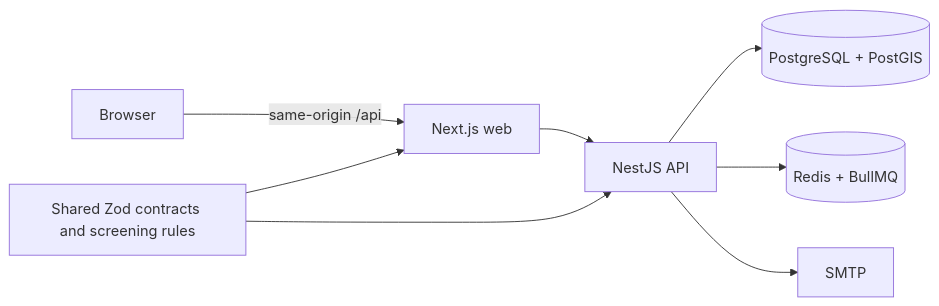
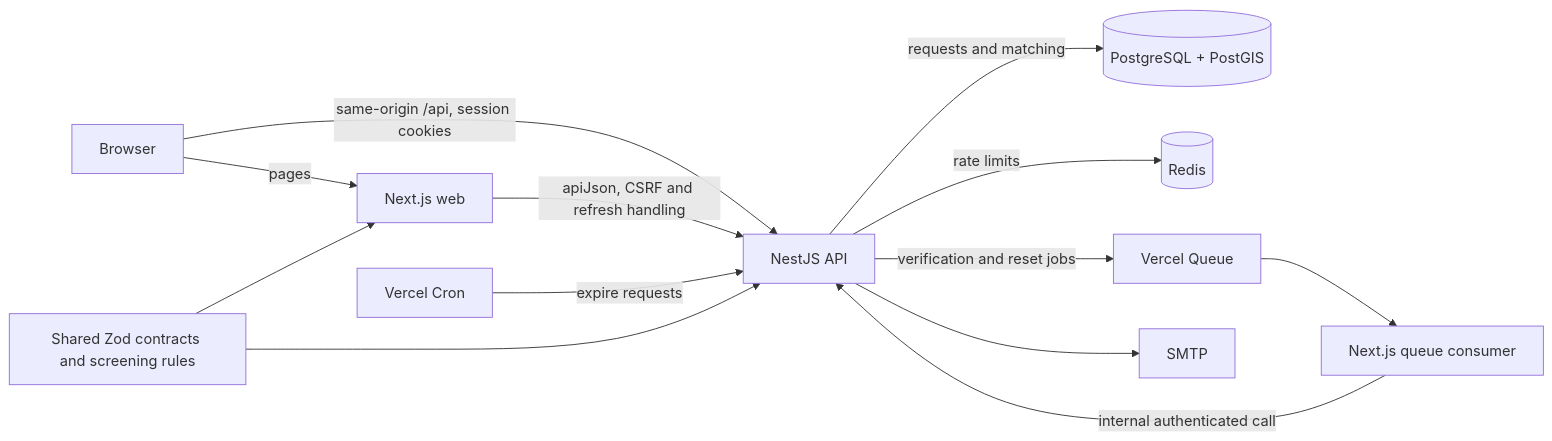
One commit to atanubera07/BloodSync changed the second of 2 diagrams in README.md. Above: the diagram before and after it, drawn with Mermaid. The commit also changed other lines of this file and 3 other files, not shown here.

Commit message:
Refine landing steps and document deployment flow

````diff
--- a/README.md
+++ b/README.md
@@ -48,10 +48,15 @@
 ```mermaid
 flowchart LR
-    Browser -->|same-origin /api| Web[Next.js web]
-    Web --> API[NestJS API]
-    API --> DB[(PostgreSQL + PostGIS)]
-    API --> Redis[(Redis + BullMQ)]
+    Browser[Browser] -->|pages| Web[Next.js web]
+    Browser -->|same-origin /api, session cookies| API[NestJS API]
+    Web -->|apiJson, CSRF and refresh handling| API
+    API -->|requests and matching| DB[(PostgreSQL + PostGIS)]
+    API -->|rate limits| Redis[(Redis)]
+    API -->|verification and reset jobs| Queue[Vercel Queue]
+    Queue --> Consumer[Next.js queue consumer]
+    Consumer -->|internal authenticated call| API
     API --> SMTP[SMTP]
+    Cron[Vercel Cron] -->|expire requests| API
     Shared[Shared Zod contracts and screening rules] --> Web
     Shared --> API
 ```
````
